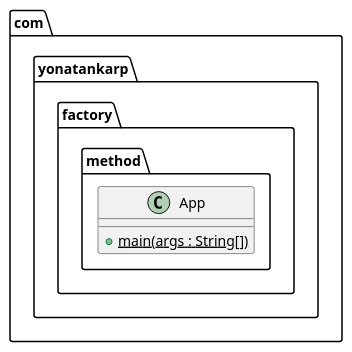
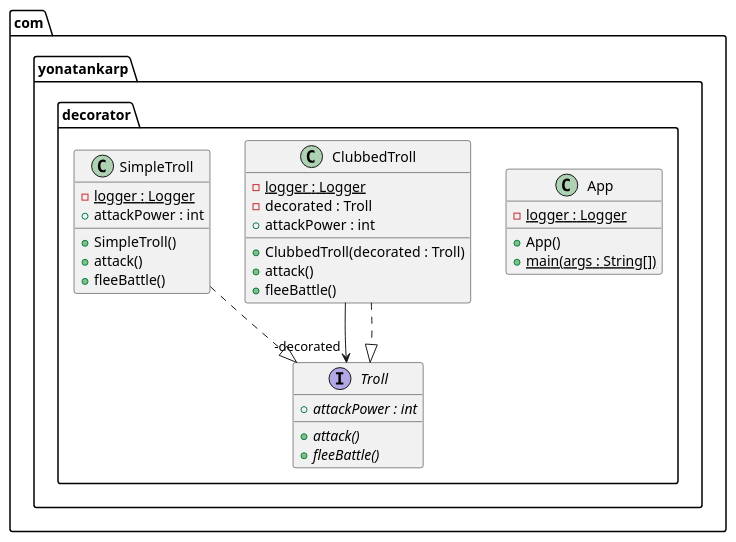
Before and after one commit to yonatankarp/kotlin-design-patterns: the diagram in decorator/etc/decorator.puml, drawn with PlantUML. The commit also changed 10 other files, not shown here.

```diff
--- a/decorator/etc/decorator.puml
+++ b/decorator/etc/decorator.puml
@@ -1,7 +1,32 @@
 @startuml
-package com.yonatankarp.factory.method {
+package com.yonatankarp.decorator {
   class App {
+    - logger : Logger {static}
+    + App()
     + main(args : String[]) {static}
   }
+  class ClubbedTroll {
+    - logger : Logger {static}
+    - decorated : Troll
+    + ClubbedTroll(decorated : Troll)
+    + attack()
+    + fleeBattle()
+    + attackPower : int
+  }
+  class SimpleTroll {
+    - logger : Logger {static}
+    + SimpleTroll()
+    + attack()
+    + fleeBattle()
+    + attackPower : int
+  }
+  interface Troll {
+    + attack() {abstract}
+    + fleeBattle() {abstract}
+    + attackPower : int {abstract}
+  }
 }
+ClubbedTroll -->  "-decorated" Troll
+ClubbedTroll ..|> Troll
+SimpleTroll ..|> Troll
 @enduml
```
